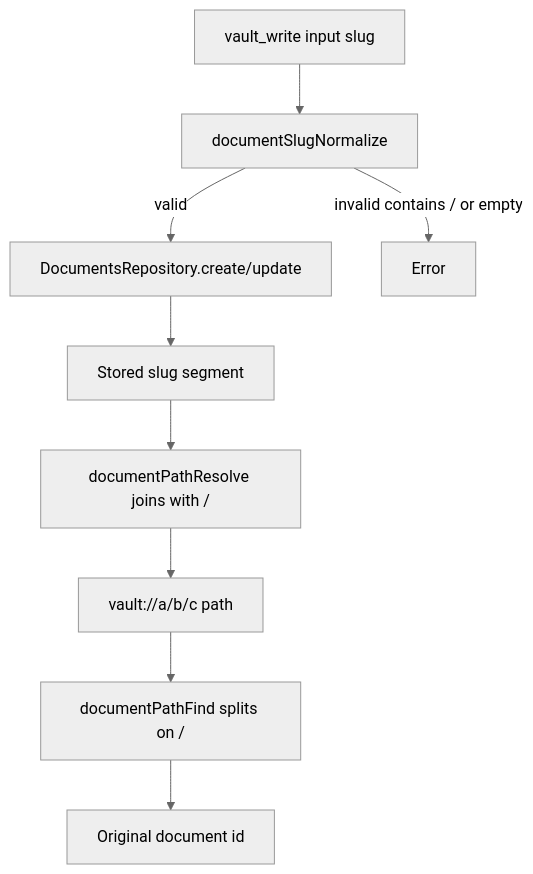
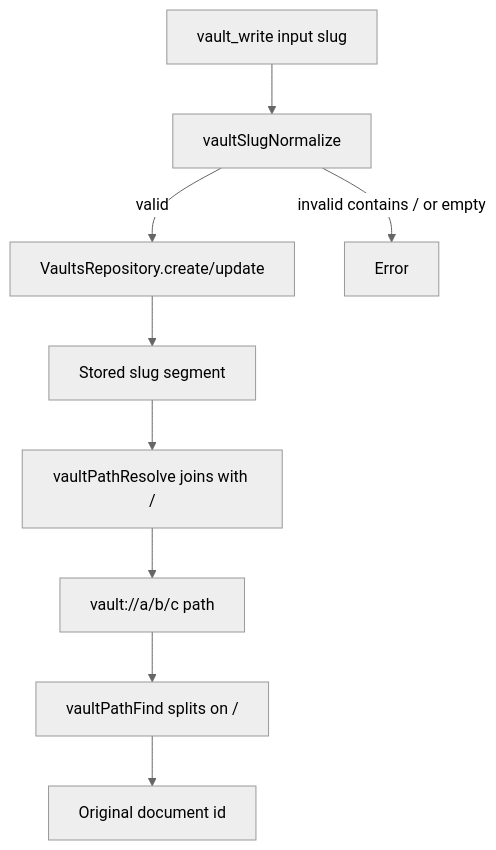
One commit to ex3ndr/daycare changed the diagram in doc/20260301-document-slug-validation.md. Above: the diagram before and after it, drawn with Mermaid (neutral theme). The commit also changed other lines of this file and 186 other files, not shown here.

````diff
--- a/doc/20260301-document-slug-validation.md
+++ b/doc/20260301-document-slug-validation.md
@@ -20,11 +20,11 @@
 ```mermaid
 flowchart TD
-    A[vault_write input slug] --> B[documentSlugNormalize]
-    B -->|valid| C[DocumentsRepository.create/update]
+    A[vault_write input slug] --> B[vaultSlugNormalize]
+    B -->|valid| C[VaultsRepository.create/update]
     B -->|invalid contains / or empty| E[Error]
     C --> D[Stored slug segment]
-    D --> F[documentPathResolve joins with /]
+    D --> F[vaultPathResolve joins with /]
     F --> G[vault://a/b/c path]
-    G --> H[documentPathFind splits on /]
+    G --> H[vaultPathFind splits on /]
     H --> I[Original document id]
 ```
````
